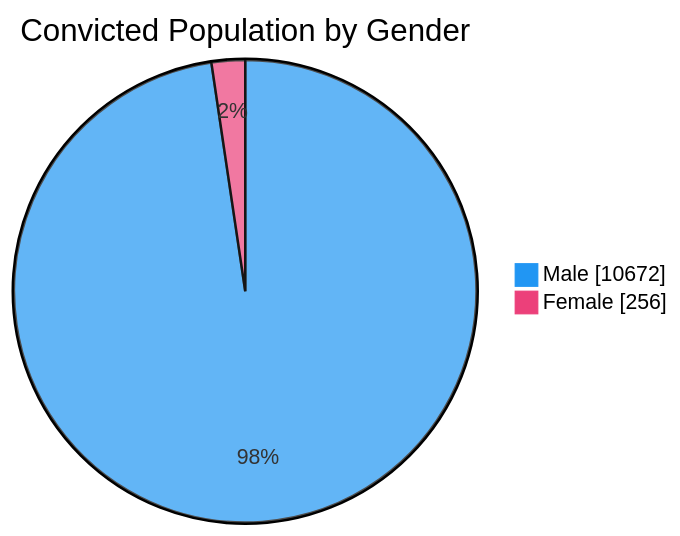
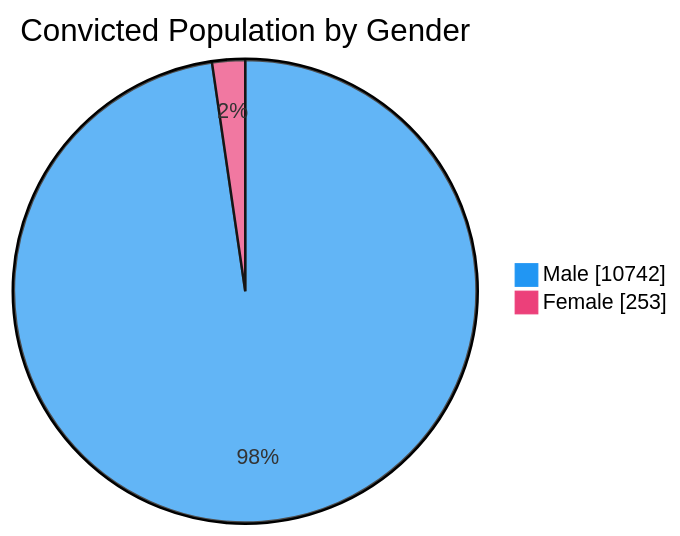
One commit to nuuuwan/lk_prisons changed the third of 7 diagrams in README.md. Above: the diagram before and after it, drawn with Mermaid. The commit also changed other lines of this file and 1 other file, not shown here.

````diff
--- a/README.md
+++ b/README.md
@@ -65,6 +65,6 @@
 ```mermaid
 %%{init: {'themeVariables': {'pie1': '#2196F3', 'pie2': '#EC407A'}}}%%
 pie showData title Convicted Population by Gender
-    "Male" : 10672
-    "Female" : 256
+    "Male" : 10742
+    "Female" : 253
 ```
````
